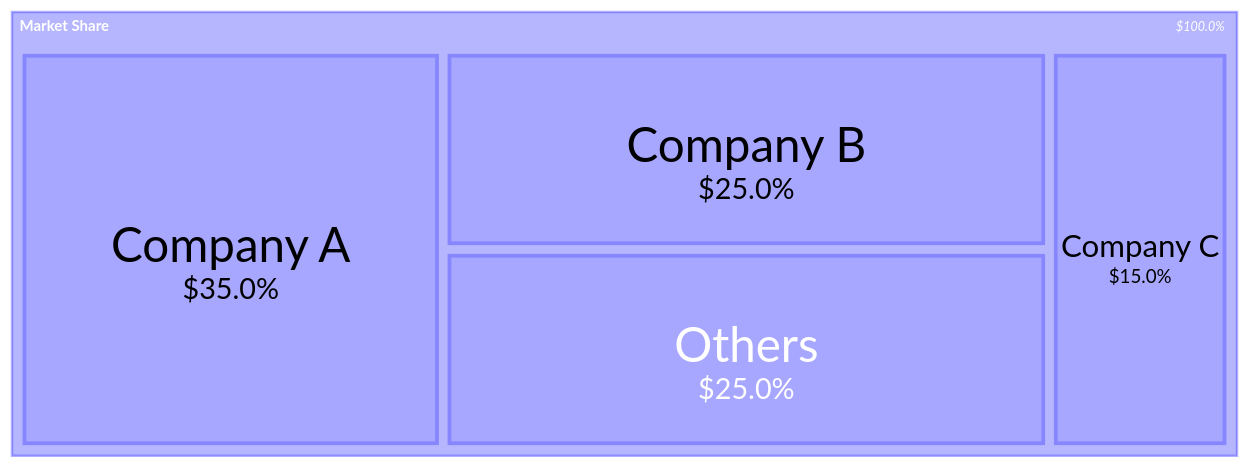
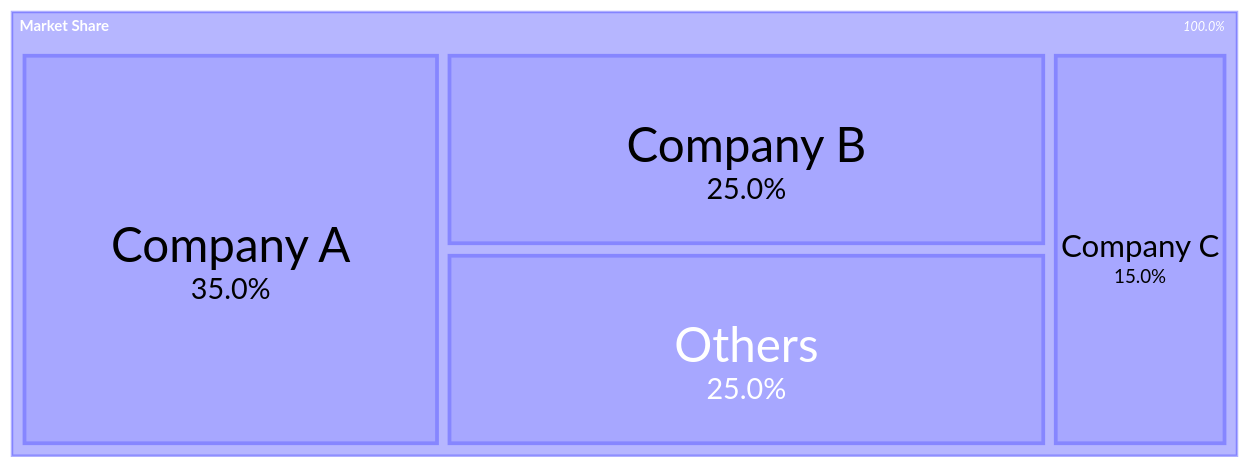
One commit to hgrabows/diagrammer-skills changed the sixth of 6 diagrams in skills/diagrammer/specs/mermaid/treemap.md. Above: the diagram before and after it, drawn with Mermaid. The commit also changed other lines of this file and 127 other files, not shown here.

First line of the commit message:
feat: audit all specs, add example gallery, fix PlantUML and Gantt rendering

````diff
--- a/skills/diagrammer/specs/mermaid/treemap.md
+++ b/skills/diagrammer/specs/mermaid/treemap.md
@@ -140,13 +135,13 @@
 ```mermaid
 ---
 config:
   treemap:
-    valueFormat: '$.1%'
+    valueFormat: '.1%'
 ---
 treemap-beta
 "Market Share"
     "Company A": 0.35
     "Company B": 0.25
     "Company C": 0.15
     "Others": 0.25
 ```
````
